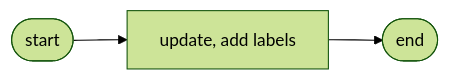
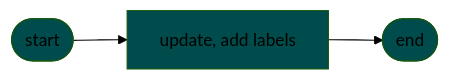
One commit to 7s4e/p3 changed diagram 11 of 20 in scripts/table/design.md. Above: the diagram before and after it, drawn with Mermaid (forest theme). The commit also changed other lines of this file, not shown here.

````diff
--- a/scripts/table/design.md
+++ b/scripts/table/design.md
@@ -353,6 +352,7 @@
 ```mermaid
 flowchart LR
-    STR([start]) -->
-    PRC[update, add labels] -->
-    END([end])
+    classDef fill fill:#004c4c
+    STR([start]):::fill -->
+    PRC[update, add labels]:::fill -->
+    END([end]):::fill
 ```
````
